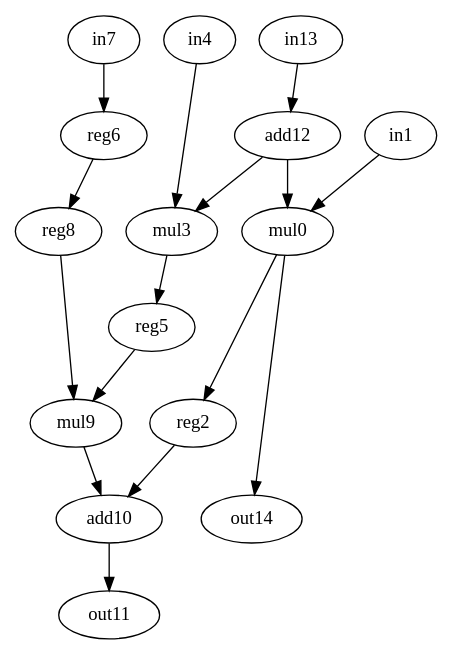
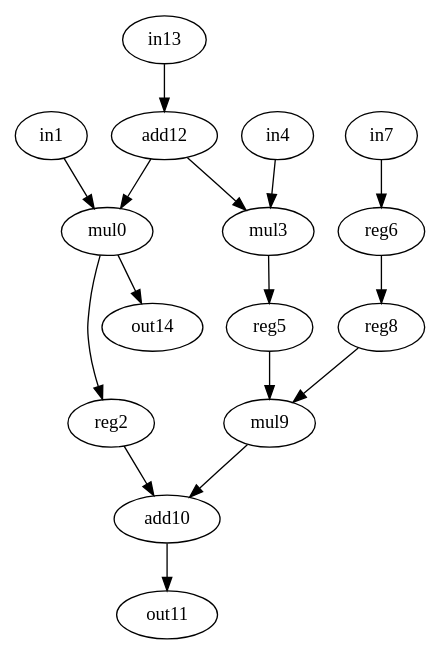
The diagram in bench/test_bench/atax.dot (jeronimopenha/traversal_project), drawn with Graphviz before and after one commit. The commit also changed 26032 other files, not shown here.

```diff
--- a/bench/test_bench/atax.dot
+++ b/bench/test_bench/atax.dot
@@ -1,33 +1,33 @@
 digraph atax {
     0 [label = mul0 op = mul ] ;
     1 [label = in1 op = in ] ;
     2 [label = reg2 op = reg ]; 
     3 [label = mul3 op = mul ] ;
     4 [label = in4 op = in ] ;
     5 [label = reg5 op = reg ]; 
     6 [label = reg6 op = reg ] ;
     7 [label = in7 op = in ] ;
     8 [label = reg8 op = reg ]; 
     9 [label = mul9 op = mul ] ;
     10 [label = add10 op = add ]; 
     11 [label = out11 op = out ] ;
     12 [label = add12 op = addi value = 2 ] ;
     13 [label = in13 op = in ] ;
     14 [label = out14 op = out ] ;
 
-    1 -> 0 [port = 0  weight = 0 ]; 
-    12 -> 0 [port = 1  weight = 10 ]; 
-    0 -> 2 [port = 0  weight = 0 ] ;
-    4 -> 3 [port = 0  weight = 0 ] ;
-    12 -> 3 [port = 1  weight = 0 ] ;
-    3 -> 5 [port = 0  weight = 0 ] ;
-    7 -> 6 [port = 0  weight = 0 ] ;
-    6 -> 8 [port = 0  weight = 0 ] ;
-    5 -> 9 [port = 0  weight = 0 ] ;
-    8 -> 9 [port = 1  weight = 0 ] ;
-    2 -> 10 [port = 0  weight = 0 ] ;
-    9 -> 10 [port = 1  weight = 0 ] ;
-    10 -> 11 [port = 0  weight = 0 ] ;
-    13 -> 12 [port = 0  weight = 0 ] ;
-    0 -> 14 [port = 0  weight = 0 ] ;
+    1 -> 0 [port = 0  w = 0 ];
+    12 -> 0 [port = 1  w = 10 ];
+    0 -> 2 [port = 0  w = 0 ] ;
+    4 -> 3 [port = 0  w = 0 ] ;
+    12 -> 3 [port = 1  w = 0 ] ;
+    3 -> 5 [port = 0  w = 0 ] ;
+    7 -> 6 [port = 0  w = 0 ] ;
+    6 -> 8 [port = 0  w = 0 ] ;
+    5 -> 9 [port = 0  w = 0 ] ;
+    8 -> 9 [port = 1  w = 0 ] ;
+    2 -> 10 [port = 0  w = 0 ] ;
+    9 -> 10 [port = 1  w = 0 ] ;
+    10 -> 11 [port = 0  w = 0 ] ;
+    13 -> 12 [port = 0  w = 0 ] ;
+    0 -> 14 [port = 0  w = 0 ] ;
 }
```
